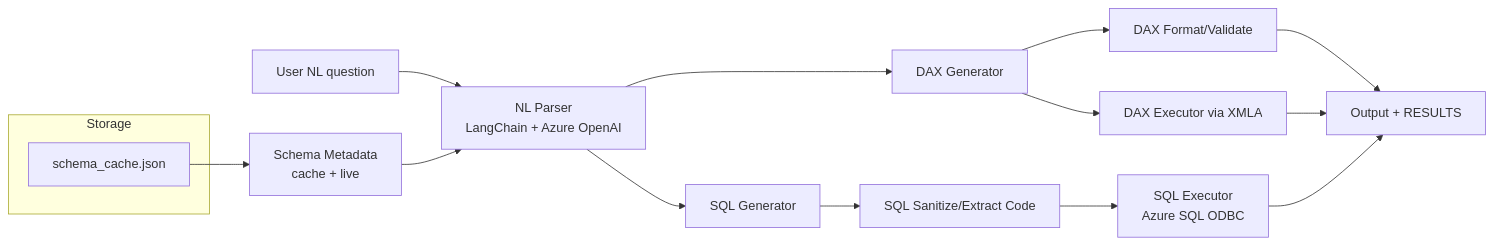
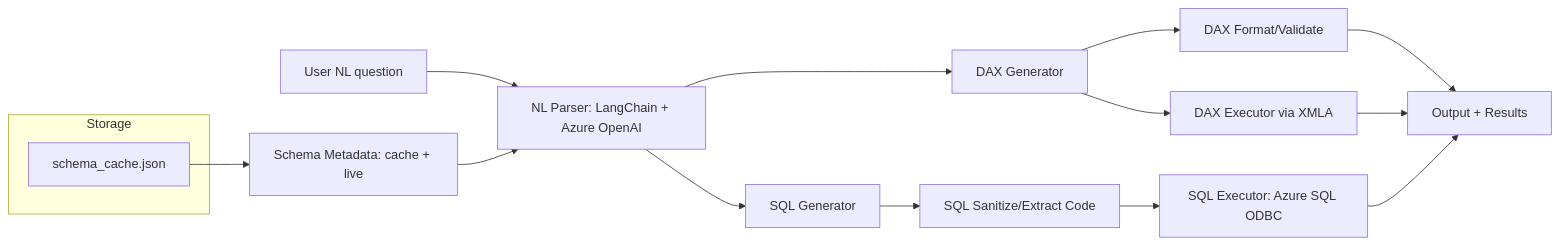
One commit to Arturo-Quiroga-MSFT/NL2DAX changed the diagram in docs/images/diagram_0_fixed.mmd. Above: the diagram before and after it, drawn with Mermaid. The commit also changed 6 other files, not shown here.

Commit message:
docs: swap first Mermaid diagram to simplified variant (no HTML breaks); re-export images

```diff
--- a/docs/images/diagram_0_fixed.mmd
+++ b/docs/images/diagram_0_fixed.mmd
@@ -1,16 +1,16 @@
 flowchart LR
-  U[User NL question] --> P[NL Parser<br/>LangChain + Azure OpenAI]
-  S[Schema Metadata<br/>cache + live] --> P
+  U[User NL question] --> P[NL Parser: LangChain + Azure OpenAI]
+  S[Schema Metadata: cache + live] --> P
   P --> G1[DAX Generator]
   P --> G2[SQL Generator]
   G1 --> FMT[DAX Format/Validate]
   G2 --> SAN[SQL Sanitize/Extract Code]
-  FMT --> OUT[Output + RESULTS]
-  SAN --> SQLX[SQL Executor<br/>Azure SQL ODBC]
+  FMT --> OUT[Output + Results]
+  SAN --> SQLX[SQL Executor: Azure SQL ODBC]
   SQLX --> OUT
   G1 --> DAXX[DAX Executor via XMLA]
   DAXX --> OUT
   subgraph Storage
     CSH[schema_cache.json]
   end
   CSH --> S
```
